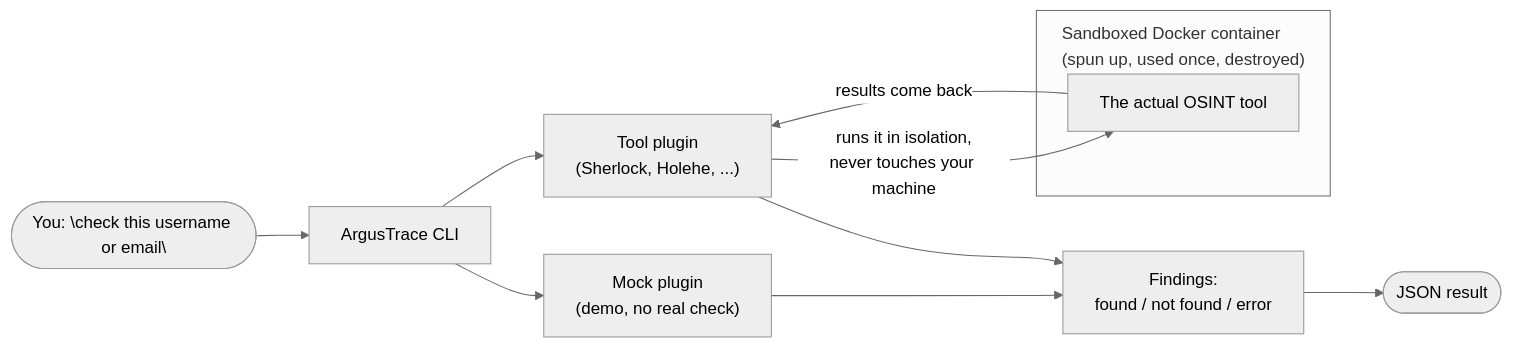
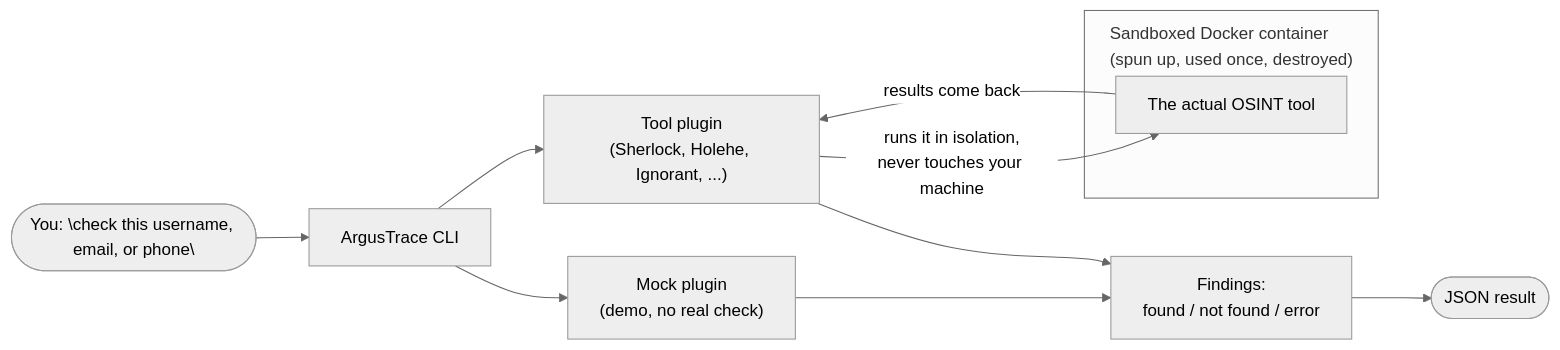
One commit to 0p3r1/ArgusTrace changed the diagram in README.md. Above: the diagram before and after it, drawn with Mermaid (neutral theme). The commit also changed other lines of this file and 8 other files, not shown here.

First line of the commit message:
feat: add Ignorant plugin for phone numbers

````diff
--- a/README.md
+++ b/README.md
@@ -15,23 +15,23 @@
 ```mermaid
 %%{init: {"flowchart": {"subGraphTitleMargin": {"top": 10, "bottom": 15}}}}%%
 flowchart LR
-    User(["You: \"check this username or email\""])
+    User(["You: \"check this username, email, or phone\""])
     CLI["ArgusTrace CLI"]
     Mock["Mock plugin<br/>(demo, no real check)"]
-    ToolPlugin["Tool plugin<br/>(Sherlock, Holehe, ...)"]
+    ToolPlugin["Tool plugin<br/>(Sherlock, Holehe, Ignorant, ...)"]
     Findings["Findings:<br/>found / not found / error"]
     Output(["JSON result"])
 
     subgraph Container["Sandboxed Docker container<br/>(spun up, used once, destroyed)"]
         Tool["The actual OSINT tool"]
     end
 
     User --> CLI
     CLI --> Mock
     CLI --> ToolPlugin
     ToolPlugin -- "runs it in isolation,<br/>never touches your machine" --> Tool
     Tool -- "results come back" --> ToolPlugin
     Mock --> Findings
     ToolPlugin --> Findings
     Findings --> Output
 ```
````
